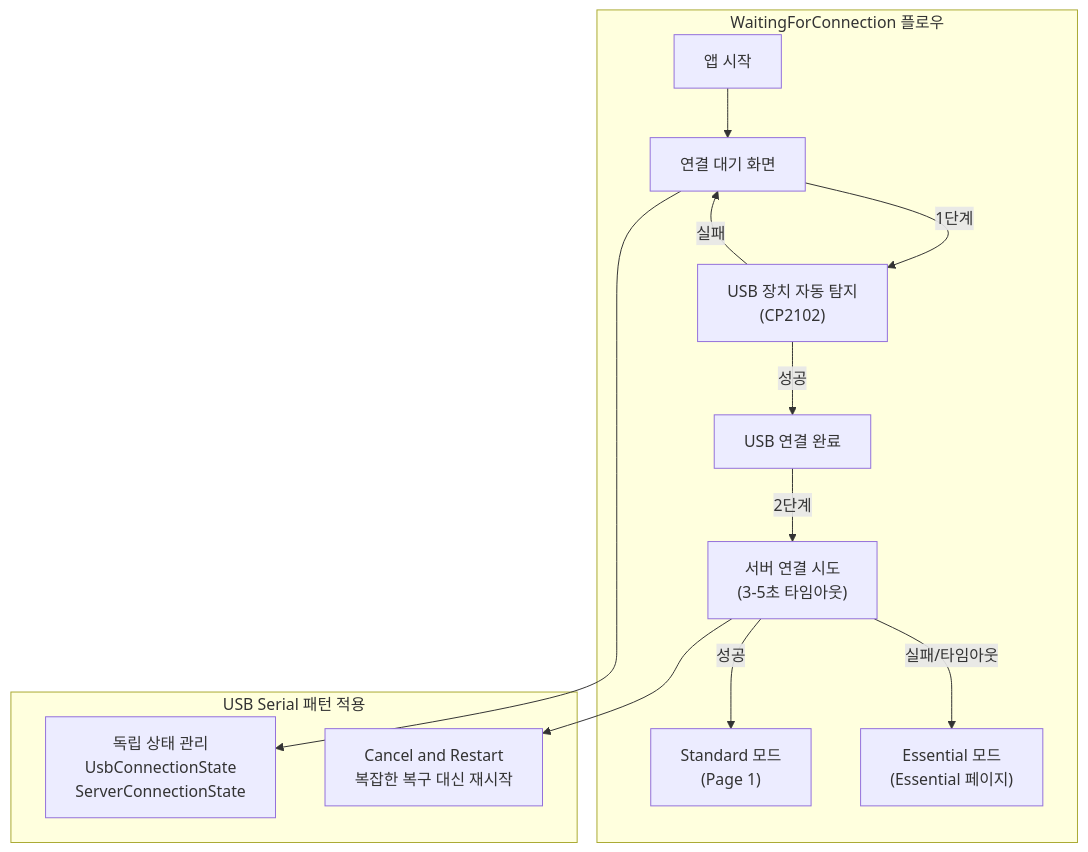
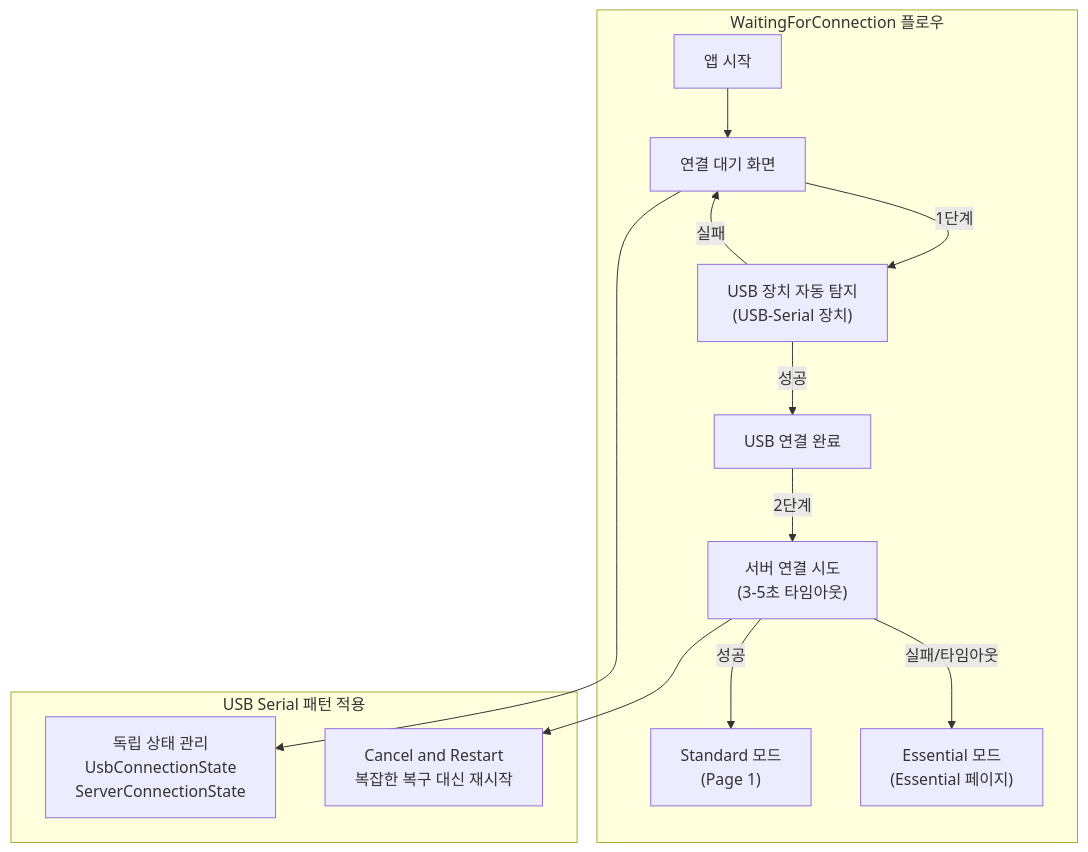
One commit to sq4567/BridgeOne changed the diagram in docs/android/design-guide-app.md. Above: the diagram before and after it, drawn with Mermaid. The commit also changed other lines of this file and 14 other files, not shown here.

````diff
--- a/docs/android/design-guide-app.md
+++ b/docs/android/design-guide-app.md
@@ -626,20 +626,20 @@
 ```mermaid
 graph TD
     subgraph "WaitingForConnection 플로우"
         App_Start["앱 시작"] --> Connection_Waiting["연결 대기 화면"]
-        Connection_Waiting -- "1단계" --> USB_Detection["USB 장치 자동 탐지<br/>(CP2102)"]
+        Connection_Waiting -- "1단계" --> USB_Detection["USB 장치 자동 탐지<br/>(USB-Serial 장치)"]
         USB_Detection -- "성공" --> USB_Connected["USB 연결 완료"]
         USB_Connected -- "2단계" --> Server_Search["서버 연결 시도<br/>(3-5초 타임아웃)"]
         Server_Search -- "성공" --> Normal_Page["Standard 모드<br/>(Page 1)"]
         Server_Search -- "실패/타임아웃" --> Essential_Page["Essential 모드<br/>(Essential 페이지)"]
         USB_Detection -- "실패" --> Connection_Waiting
     end
     
     subgraph "USB Serial 패턴 적용"
         Independent_States["독립 상태 관리<br/>UsbConnectionState<br/>ServerConnectionState"]
         Cancel_Restart["Cancel and Restart<br/>복잡한 복구 대신 재시작"]
     end
     
     Connection_Waiting --> Independent_States
     Server_Search --> Cancel_Restart
 ```
````
